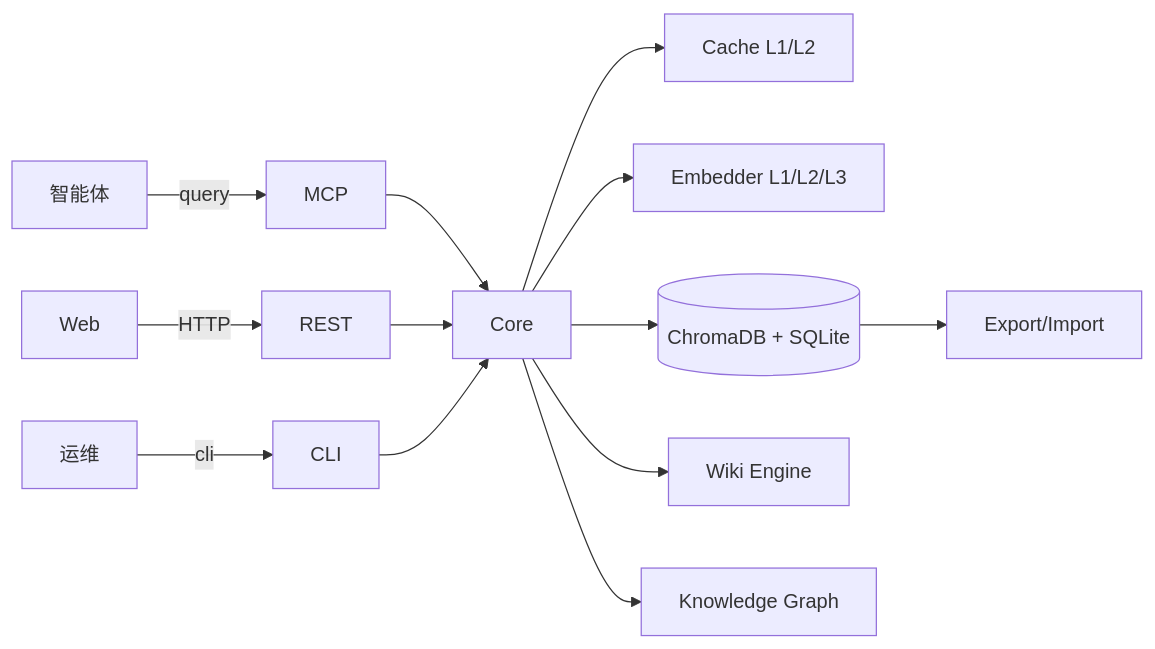
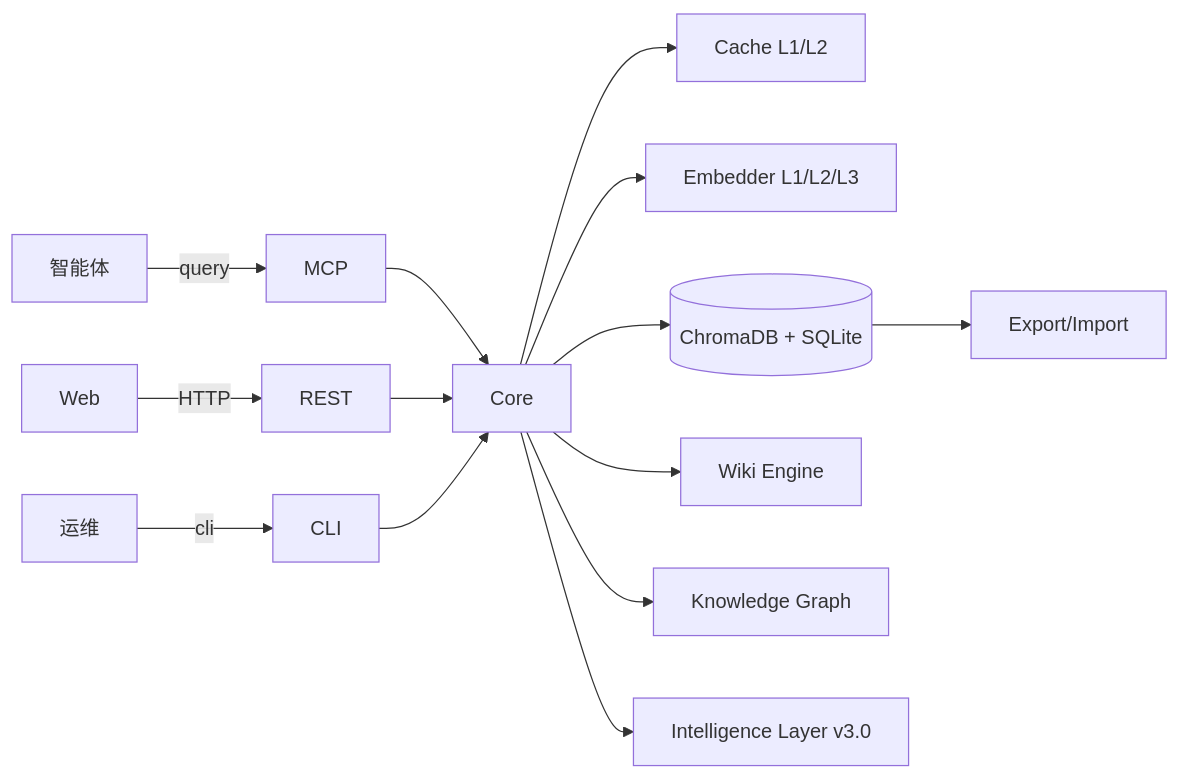
The diagram in docs/architecture.md (Mlte0907/pangu), drawn with Mermaid before and after one commit. The commit also changed other lines of this file and 10 other files, not shown here.

````diff
--- a/docs/architecture.md
+++ b/docs/architecture.md
@@ -79,15 +90,16 @@
 ```mermaid
 graph LR
   Agent[智能体] -->|query| MCP
   Web[Web] -->|HTTP| REST
   Dev[运维] -->|cli| CLI
   MCP --> Core
   REST --> Core
   CLI --> Core
   Core --> Cache[Cache L1/L2]
   Core --> Embed[Embedder L1/L2/L3]
   Core --> Store[(ChromaDB + SQLite)]
   Core --> Wiki[Wiki Engine]
   Core --> KG[Knowledge Graph]
+  Core --> Intelligence[Intelligence Layer v3.0]
   Store --> Backup[Export/Import]
 ```
````
